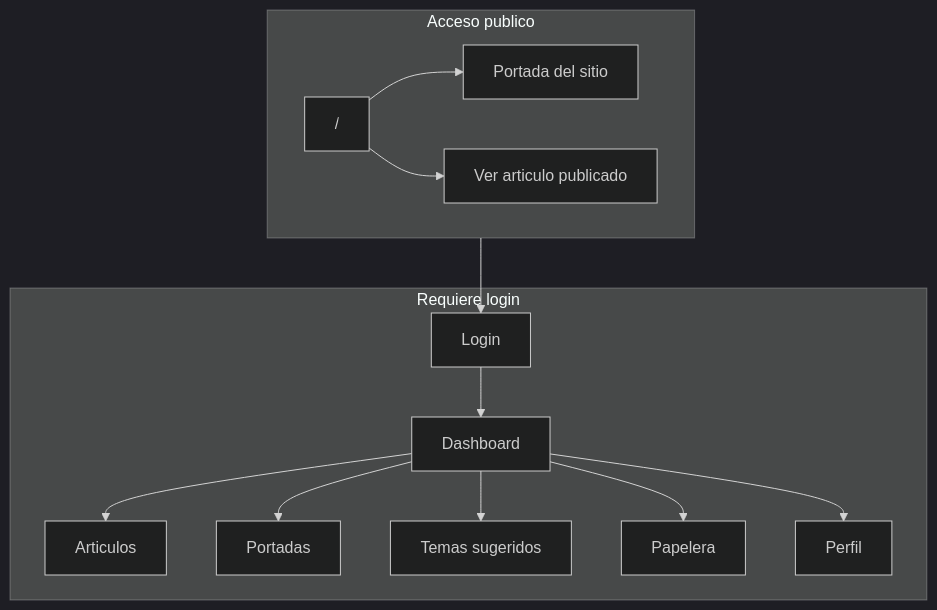
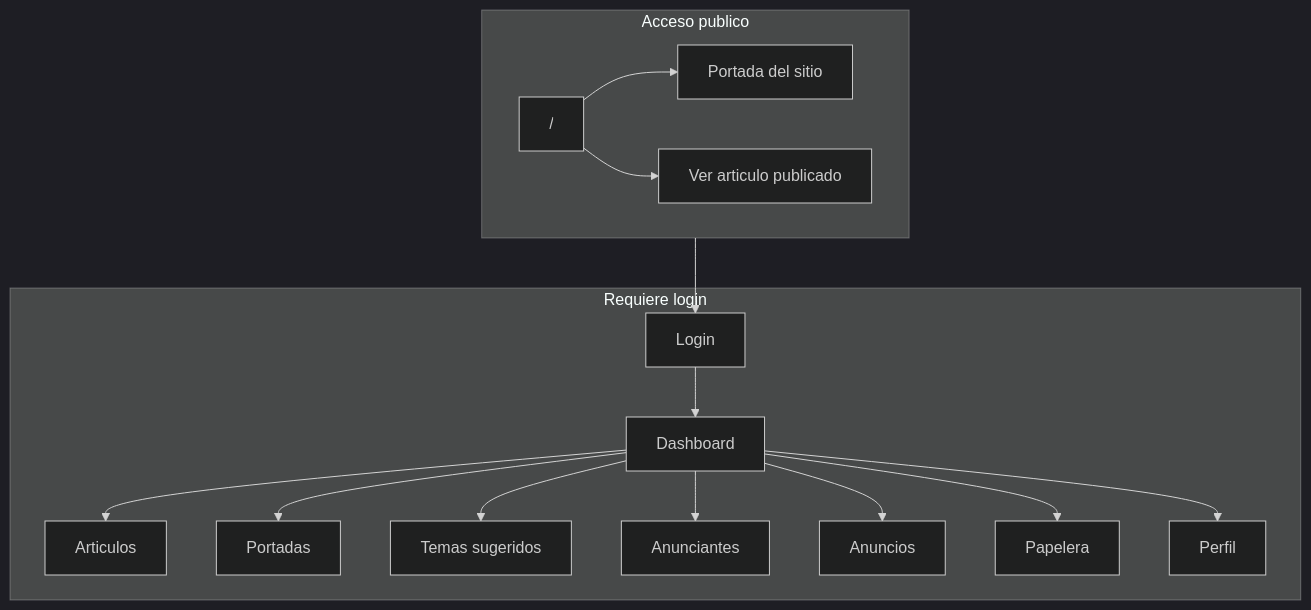
The first of 7 diagrams in README.md (Erick1528/revista-mundo-real), drawn with Mermaid (dark theme) before and after one commit. The commit also changed other lines of this file, not shown here.

````diff
--- a/README.md
+++ b/README.md
@@ -21,28 +22,32 @@
 ```mermaid
 graph TB
   subgraph publico[Acceso publico]
     Inicio["/"]
     Portada[Portada del sitio]
     VerArt[Ver articulo publicado]
     Inicio --> Portada
     Inicio --> VerArt
   end
 
   subgraph auth[Requiere login]
     Login[Login]
     Dashboard[Dashboard]
     Art[Articulos]
     Port[Portadas]
     Temas[Temas sugeridos]
+    Anunciantes[Anunciantes]
+    Anuncios[Anuncios]
     Papelera[Papelera]
     Perfil[Perfil]
     Login --> Dashboard
     Dashboard --> Art
     Dashboard --> Port
     Dashboard --> Temas
+    Dashboard --> Anunciantes
+    Dashboard --> Anuncios
     Dashboard --> Papelera
     Dashboard --> Perfil
   end
 
   publico --> Login
 ```
````
